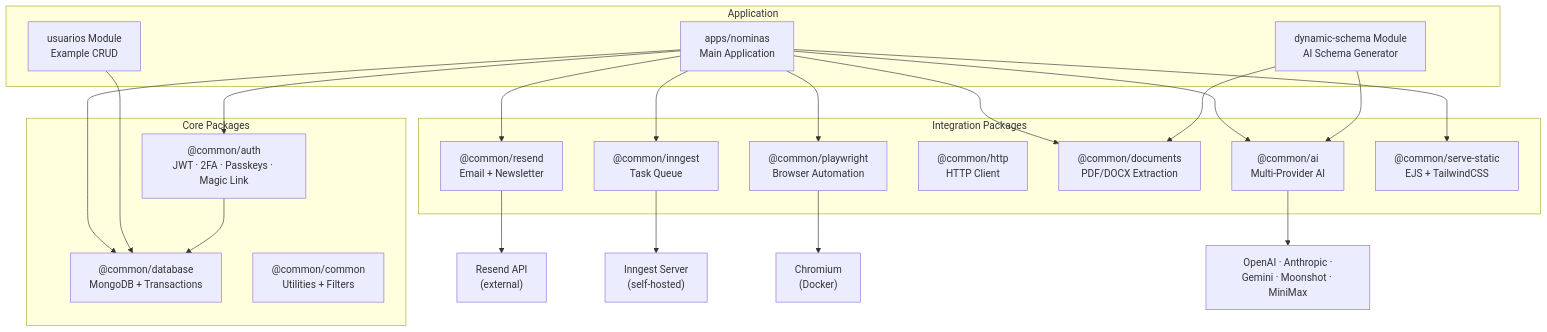
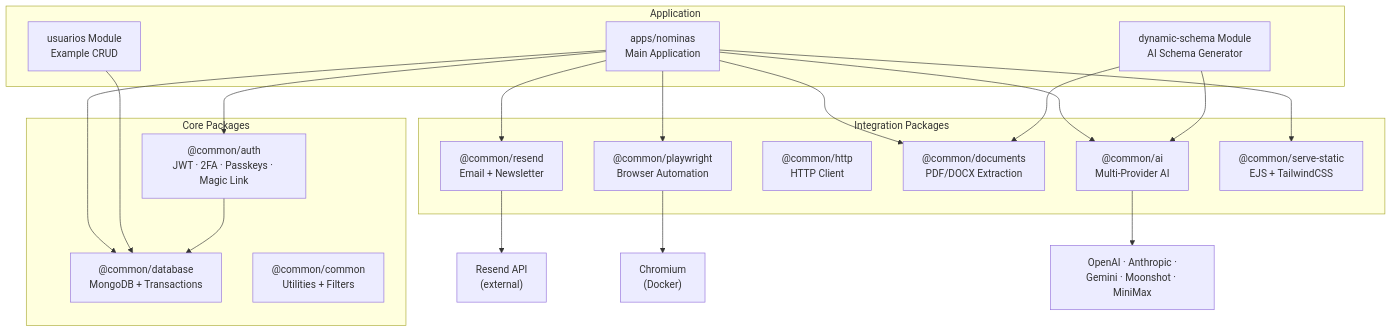
Before and after one commit to bobrobert13/nestJs-boilerplate: the first of 3 diagrams in docs/ARCHITECTURE.md, drawn with Mermaid. The commit also changed other lines of this file and 41 other files, not shown here.

Commit message:
chore(@common/inngest): remove inngest package and clean up documentation

````diff
--- a/docs/ARCHITECTURE.md
+++ b/docs/ARCHITECTURE.md
@@ -9,41 +9,38 @@
 ```mermaid
 graph TB
     subgraph "Application"
         NOMINAS["apps/nominas<br/>Main Application"]
         USUARIOS["usuarios Module<br/>Example CRUD"]
         DYNAMIC["dynamic-schema Module<br/>AI Schema Generator"]
     end
 
     subgraph "Core Packages"
         DB["@common/database<br/>MongoDB + Transactions"]
         COMMON["@common/common<br/>Utilities + Filters"]
         AUTH["@common/auth<br/>JWT · 2FA · Passkeys · Magic Link"]
     end
 
     subgraph "Integration Packages"
         AI["@common/ai<br/>Multi-Provider AI"]
         PW["@common/playwright<br/>Browser Automation"]
-        INNGEST["@common/inngest<br/>Task Queue"]
         HTTP["@common/http<br/>HTTP Client"]
         DOCS["@common/documents<br/>PDF/DOCX Extraction"]
         RESEND["@common/resend<br/>Email + Newsletter"]
         SS["@common/serve-static<br/>EJS + TailwindCSS"]
     end
 
     NOMINAS --> AUTH
     NOMINAS --> DB
-    NOMINAS --> INNGEST
     NOMINAS --> PW
     NOMINAS --> AI
     NOMINAS --> DOCS
     NOMINAS --> RESEND
     NOMINAS --> SS
     USUARIOS --> DB
     DYNAMIC --> AI
     DYNAMIC --> DOCS
     AUTH --> DB
     RESEND --> RESEND_SVC["Resend API<br/>(external)"]
-    INNGEST --> INNGEST_SVC["Inngest Server<br/>(self-hosted)"]
     PW --> CHROMIUM["Chromium<br/>(Docker)"]
     AI --> LLM_API["OpenAI · Anthropic ·<br/>Gemini · Moonshot · MiniMax"]
 ```
````
